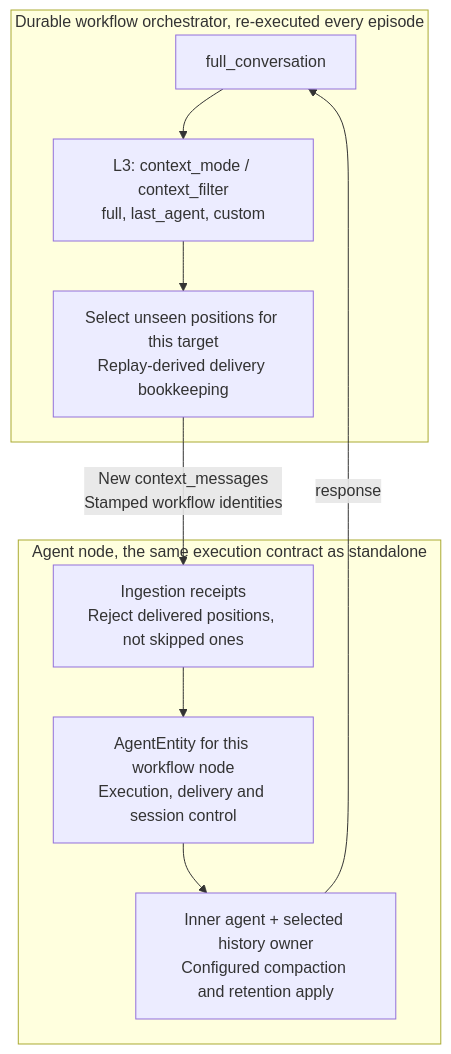
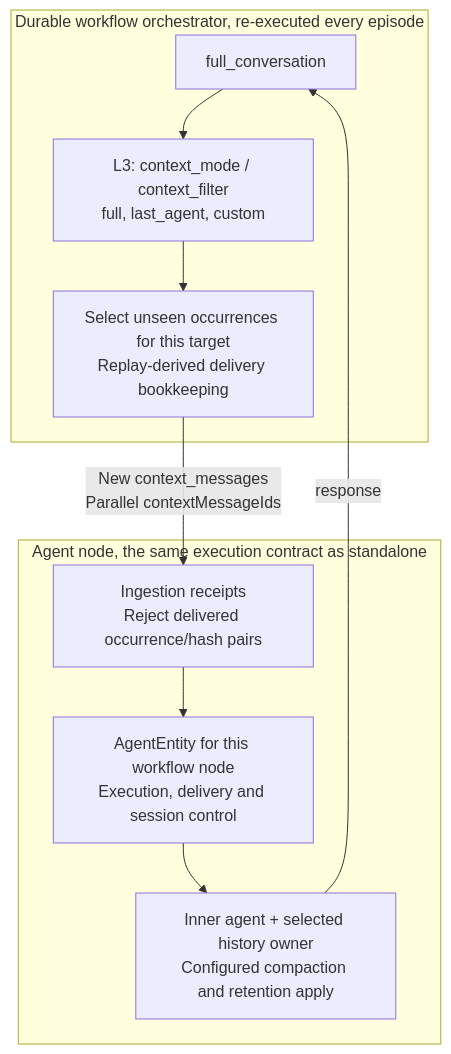
One commit to microsoft/agent-framework-durable-extension changed the fifth of 6 diagrams in docs/decisions/0032-durable-thread-compaction.md. Above: the diagram before and after it, drawn with Mermaid. The commit also changed other lines of this file and 16 other files, not shown here.

````diff
--- a/docs/decisions/0032-durable-thread-compaction.md
+++ b/docs/decisions/0032-durable-thread-compaction.md
@@ -433,19 +474,19 @@
 ```mermaid
 flowchart TB
     subgraph ORCH["Durable workflow orchestrator, re-executed every episode"]
         FC["full_conversation"]
         PROJ["L3: context_mode / context_filter<br/>full, last_agent, custom"]
-      DELTA["Select unseen positions for this target<br/>Replay-derived delivery bookkeeping"]
+      DELTA["Select unseen occurrences for this target<br/>Replay-derived delivery bookkeeping"]
       FC --> PROJ --> DELTA
     end
 
     subgraph NODE["Agent node, the same execution contract as standalone"]
-      GUARD["Ingestion receipts<br/>Reject delivered positions, not skipped ones"]
+      GUARD["Ingestion receipts<br/>Reject delivered occurrence/hash pairs"]
       ENTITY["AgentEntity for this workflow node<br/>Execution, delivery and session control"]
       INNER["Inner agent + selected history owner<br/>Configured compaction and retention apply"]
       GUARD --> ENTITY --> INNER
     end
 
-    DELTA -->|"New context_messages<br/>Stamped workflow identities"| GUARD
+    DELTA -->|"New context_messages<br/>Parallel contextMessageIds"| GUARD
     INNER -->|"response"| FC
 ```
````
